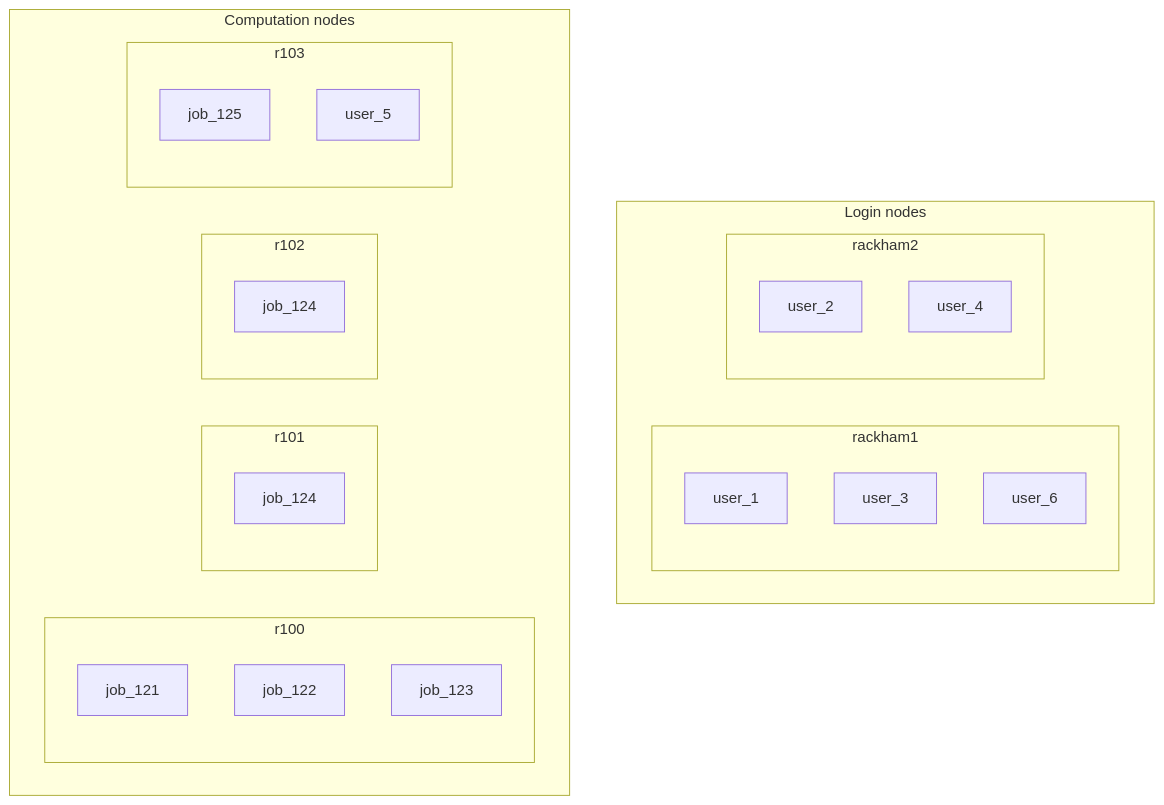
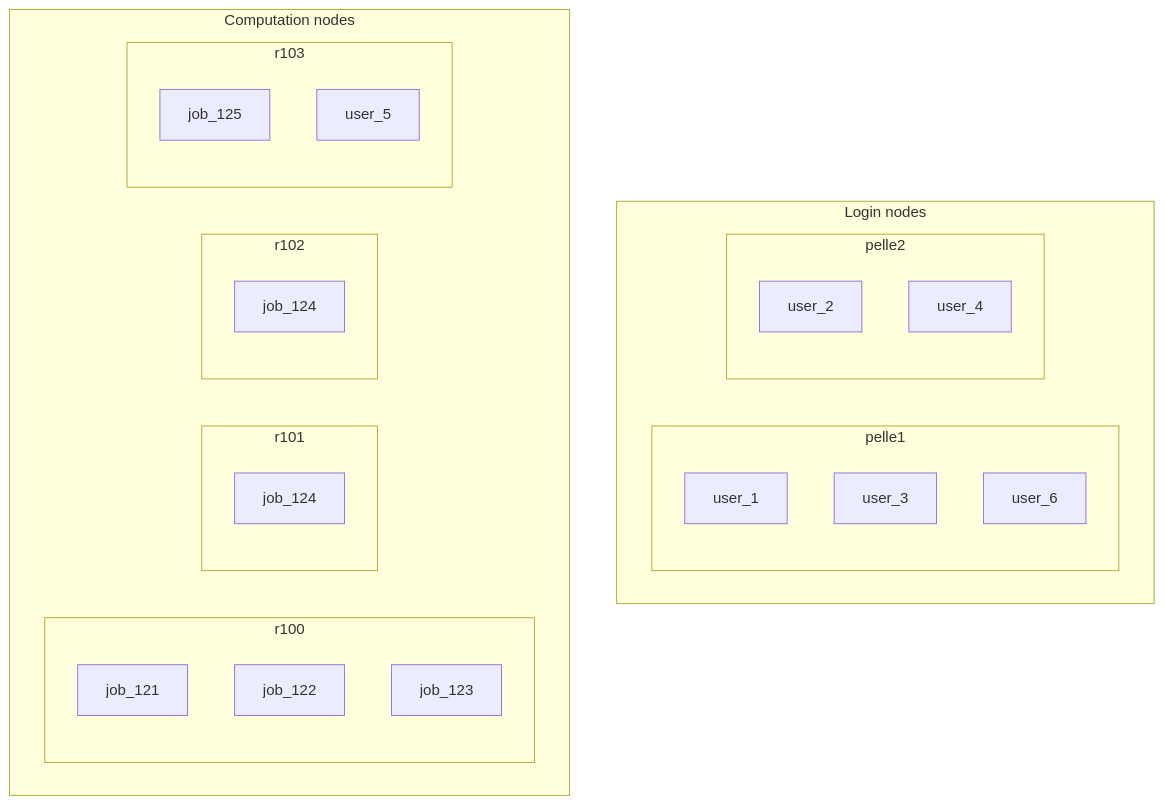
One commit to UPPMAX/uppmax_intro_day_1 changed the second of 2 diagrams in docs/sessions/clusters.md. Above: the diagram before and after it, drawn with Mermaid. The commit also changed other lines of this file and 17 other files, not shown here.

````diff
--- a/docs/sessions/clusters.md
+++ b/docs/sessions/clusters.md
@@ -94,31 +94,31 @@
 ```mermaid
 flowchart TD
   subgraph login_nodes[Login nodes]
-    subgraph rackham1
+    subgraph pelle1
       user_1
       user_3
       user_6
     end
-    subgraph rackham2
+    subgraph pelle2
       user_2
       user_4
     end
   end
   subgraph computation_nodes[Computation nodes]
     subgraph r100
       job_121
       job_122
       job_123
     end
     subgraph r101
       job_124
     end
     subgraph r102
       job_124_2[job_124]
     end
     subgraph r103
       job_125
       user_5
     end
   end
 ```
````
